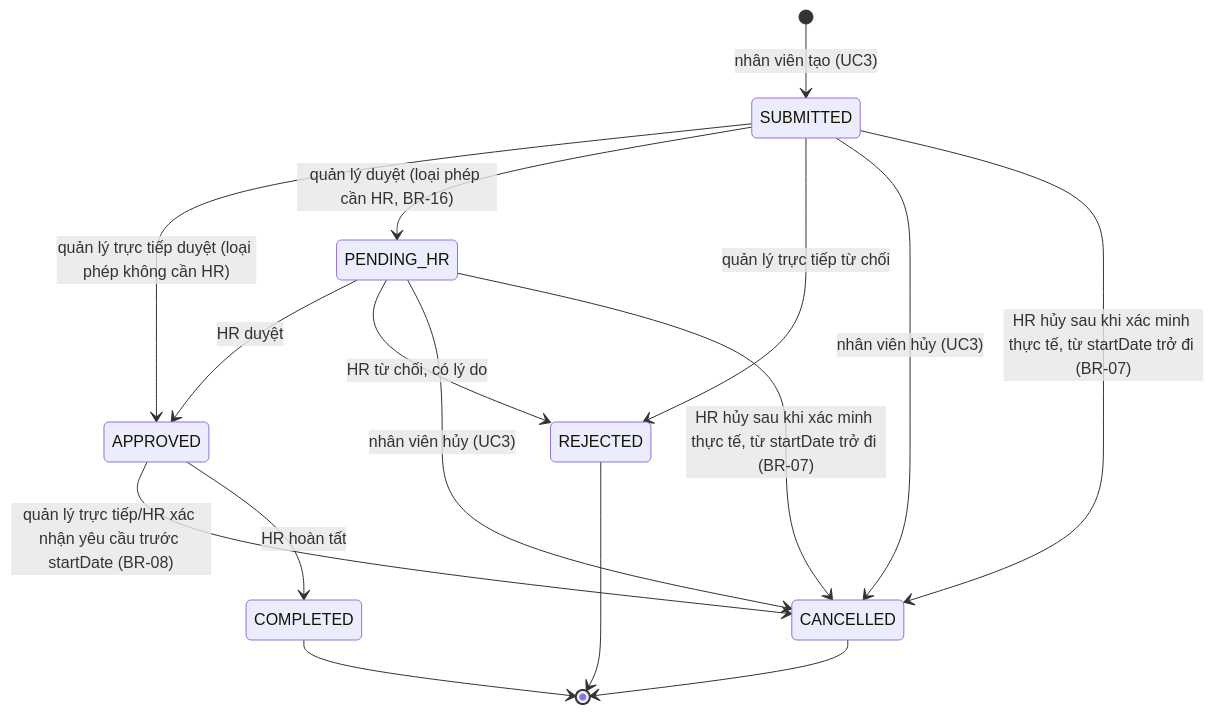
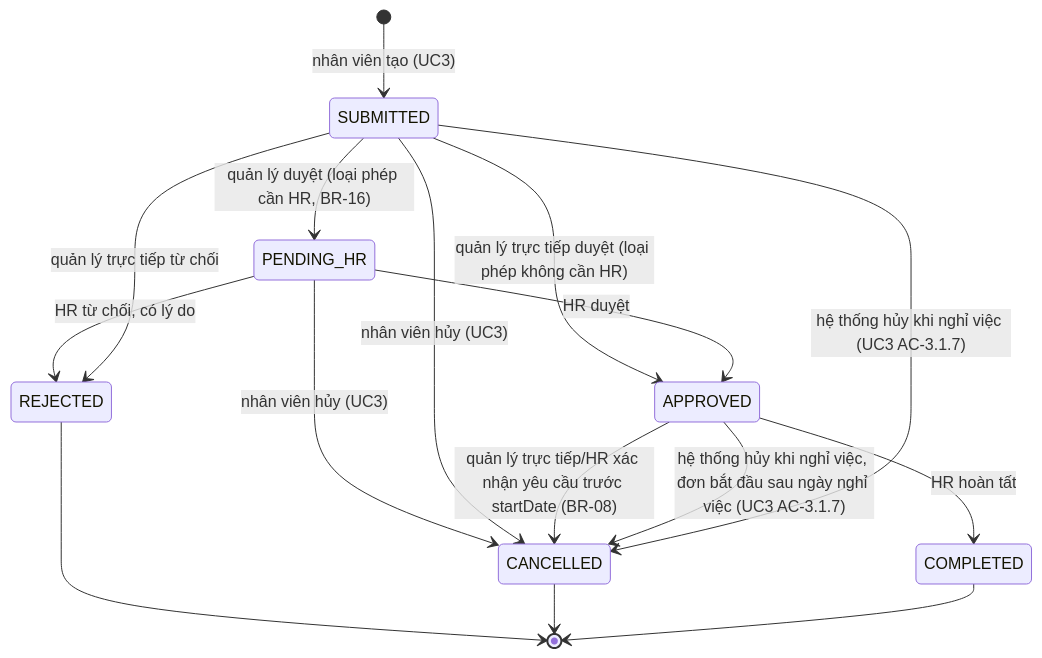
One commit to Acerchicken/HR-Enterprise-Platform changed the diagram in docs/features/UC4-approve-leave-request/spec.md. Above: the diagram before and after it, drawn with Mermaid. The commit also changed other lines of this file and 6 other files, not shown here.

````diff
--- a/docs/features/UC4-approve-leave-request/spec.md
+++ b/docs/features/UC4-approve-leave-request/spec.md
@@ -50,18 +50,18 @@
 ```mermaid
 stateDiagram-v2
   [*] --> SUBMITTED: nhân viên tạo (UC3)
   SUBMITTED --> APPROVED: quản lý trực tiếp duyệt (loại phép không cần HR)
   SUBMITTED --> PENDING_HR: quản lý duyệt (loại phép cần HR, BR-16)
   PENDING_HR --> APPROVED: HR duyệt
   PENDING_HR --> REJECTED: HR từ chối, có lý do
   PENDING_HR --> CANCELLED: nhân viên hủy (UC3)
   SUBMITTED --> REJECTED: quản lý trực tiếp từ chối
   SUBMITTED --> CANCELLED: nhân viên hủy (UC3)
-  SUBMITTED --> CANCELLED: HR hủy sau khi xác minh thực tế, từ startDate trở đi (BR-07)
-  PENDING_HR --> CANCELLED: HR hủy sau khi xác minh thực tế, từ startDate trở đi (BR-07)
   APPROVED --> CANCELLED: quản lý trực tiếp/HR xác nhận yêu cầu trước startDate (BR-08)
   APPROVED --> COMPLETED: HR hoàn tất
+  APPROVED --> CANCELLED: hệ thống hủy khi nghỉ việc, đơn bắt đầu sau ngày nghỉ việc (UC3 AC-3.1.7)
+  SUBMITTED --> CANCELLED: hệ thống hủy khi nghỉ việc (UC3 AC-3.1.7)
   REJECTED --> [*]
   CANCELLED --> [*]
   COMPLETED --> [*]
 ```
````
